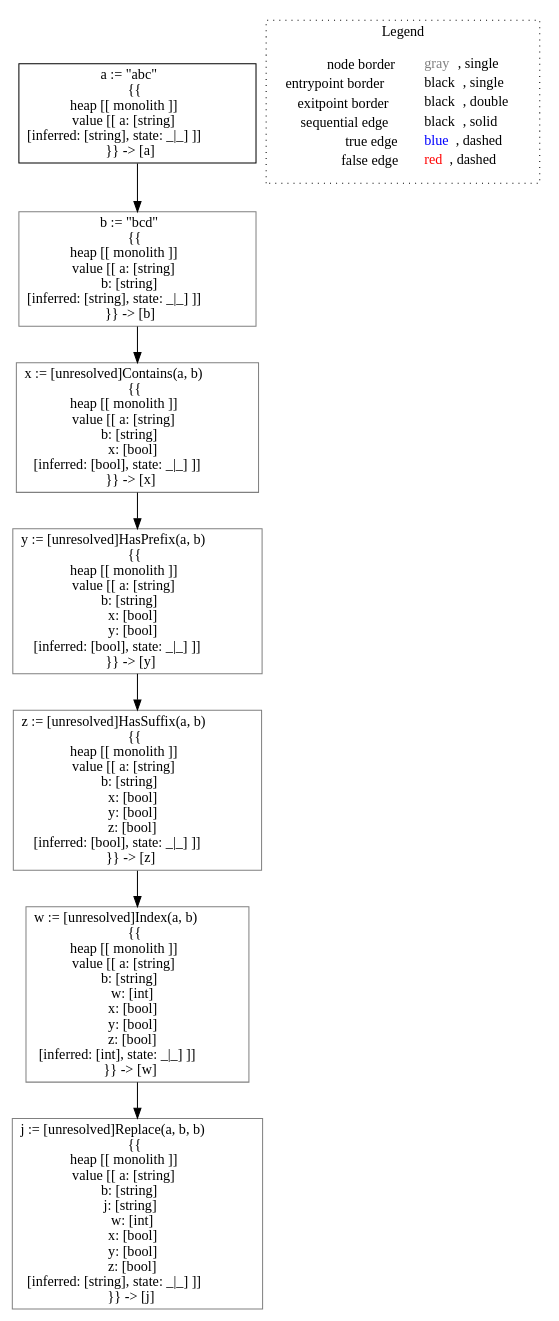
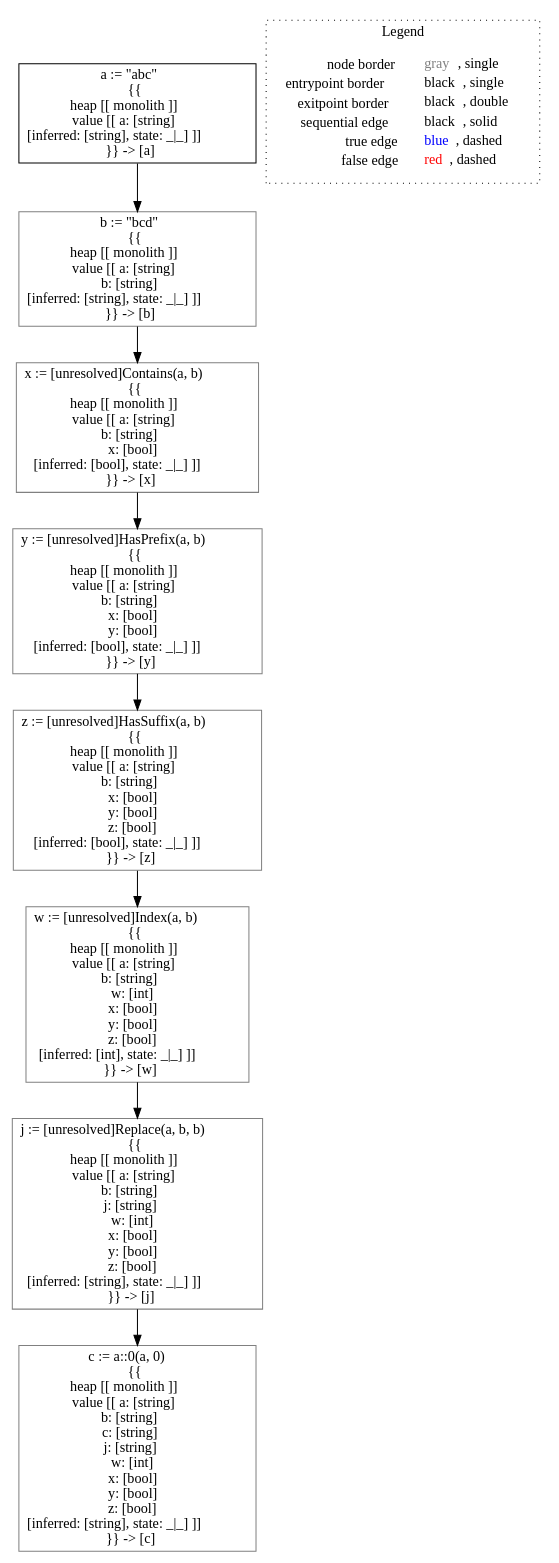
One commit to lisa-analyzer/go-lisa changed the diagram in go-lisa/go-testcases/strings-typing/typing___untyped_~LiSAProgram.main().dot. Above: the diagram before and after it, drawn with Graphviz. The commit also changed 6 other files, not shown here.

```diff
--- a/go-lisa/go-testcases/strings-typing/typing___untyped_~LiSAProgram.main().dot
+++ b/go-lisa/go-testcases/strings-typing/typing___untyped_~LiSAProgram.main().dot
@@ -1,22 +1,24 @@
 digraph {
 	"node0" [shape="rect",color="black",label=<a := &quot;abc&quot;<BR/>{{<BR/>heap [[ monolith ]]<BR/>value [[ a: [string]<BR/>[inferred: [string], state: _|_] ]]<BR/>}} -&gt; [a]>];
-	"node1" [shape="rect",color="gray",label=<z := [unresolved]HasSuffix(a, b)<BR/>{{<BR/>heap [[ monolith ]]<BR/>value [[ a: [string]<BR/>b: [string]<BR/>x: [bool]<BR/>y: [bool]<BR/>z: [bool]<BR/>[inferred: [bool], state: _|_] ]]<BR/>}} -&gt; [z]>];
+	"node1" [shape="rect",color="gray",label=<x := [unresolved]Contains(a, b)<BR/>{{<BR/>heap [[ monolith ]]<BR/>value [[ a: [string]<BR/>b: [string]<BR/>x: [bool]<BR/>[inferred: [bool], state: _|_] ]]<BR/>}} -&gt; [x]>];
 	"node2" [shape="rect",color="gray",label=<j := [unresolved]Replace(a, b, b)<BR/>{{<BR/>heap [[ monolith ]]<BR/>value [[ a: [string]<BR/>b: [string]<BR/>j: [string]<BR/>w: [int]<BR/>x: [bool]<BR/>y: [bool]<BR/>z: [bool]<BR/>[inferred: [string], state: _|_] ]]<BR/>}} -&gt; [j]>];
-	"node3" [shape="rect",color="gray",label=<y := [unresolved]HasPrefix(a, b)<BR/>{{<BR/>heap [[ monolith ]]<BR/>value [[ a: [string]<BR/>b: [string]<BR/>x: [bool]<BR/>y: [bool]<BR/>[inferred: [bool], state: _|_] ]]<BR/>}} -&gt; [y]>];
-	"node4" [shape="rect",color="gray",label=<w := [unresolved]Index(a, b)<BR/>{{<BR/>heap [[ monolith ]]<BR/>value [[ a: [string]<BR/>b: [string]<BR/>w: [int]<BR/>x: [bool]<BR/>y: [bool]<BR/>z: [bool]<BR/>[inferred: [int], state: _|_] ]]<BR/>}} -&gt; [w]>];
-	"node5" [shape="rect",color="gray",label=<b := &quot;bcd&quot;<BR/>{{<BR/>heap [[ monolith ]]<BR/>value [[ a: [string]<BR/>b: [string]<BR/>[inferred: [string], state: _|_] ]]<BR/>}} -&gt; [b]>];
-	"node6" [shape="rect",color="gray",label=<x := [unresolved]Contains(a, b)<BR/>{{<BR/>heap [[ monolith ]]<BR/>value [[ a: [string]<BR/>b: [string]<BR/>x: [bool]<BR/>[inferred: [bool], state: _|_] ]]<BR/>}} -&gt; [x]>];
+	"node3" [shape="rect",color="gray",label=<c := a::0(a, 0)<BR/>{{<BR/>heap [[ monolith ]]<BR/>value [[ a: [string]<BR/>b: [string]<BR/>c: [string]<BR/>j: [string]<BR/>w: [int]<BR/>x: [bool]<BR/>y: [bool]<BR/>z: [bool]<BR/>[inferred: [string], state: _|_] ]]<BR/>}} -&gt; [c]>];
+	"node4" [shape="rect",color="gray",label=<y := [unresolved]HasPrefix(a, b)<BR/>{{<BR/>heap [[ monolith ]]<BR/>value [[ a: [string]<BR/>b: [string]<BR/>x: [bool]<BR/>y: [bool]<BR/>[inferred: [bool], state: _|_] ]]<BR/>}} -&gt; [y]>];
+	"node5" [shape="rect",color="gray",label=<w := [unresolved]Index(a, b)<BR/>{{<BR/>heap [[ monolith ]]<BR/>value [[ a: [string]<BR/>b: [string]<BR/>w: [int]<BR/>x: [bool]<BR/>y: [bool]<BR/>z: [bool]<BR/>[inferred: [int], state: _|_] ]]<BR/>}} -&gt; [w]>];
+	"node6" [shape="rect",color="gray",label=<z := [unresolved]HasSuffix(a, b)<BR/>{{<BR/>heap [[ monolith ]]<BR/>value [[ a: [string]<BR/>b: [string]<BR/>x: [bool]<BR/>y: [bool]<BR/>z: [bool]<BR/>[inferred: [bool], state: _|_] ]]<BR/>}} -&gt; [z]>];
+	"node7" [shape="rect",color="gray",label=<b := &quot;bcd&quot;<BR/>{{<BR/>heap [[ monolith ]]<BR/>value [[ a: [string]<BR/>b: [string]<BR/>[inferred: [string], state: _|_] ]]<BR/>}} -&gt; [b]>];
 	"node1" -> "node4" [color="black"];
-	"node0" -> "node5" [color="black"];
-	"node3" -> "node1" [color="black"];
-	"node4" -> "node2" [color="black"];
-	"node5" -> "node6" [color="black"];
-	"node6" -> "node3" [color="black"];
+	"node2" -> "node3" [color="black"];
+	"node0" -> "node7" [color="black"];
+	"node4" -> "node6" [color="black"];
+	"node5" -> "node2" [color="black"];
+	"node6" -> "node5" [color="black"];
+	"node7" -> "node1" [color="black"];
 subgraph cluster_legend {
 	label="Legend";
 	style=dotted;
 	node [shape=plaintext];
 	"legend" [label=<<table border="0" cellpadding="2" cellspacing="0" cellborder="0"><tr><td align="right">node border&nbsp;</td><td align="left"><font color="gray">gray</font>, single</td></tr><tr><td align="right">entrypoint border&nbsp;</td><td align="left"><font color="black">black</font>, single</td></tr><tr><td align="right">exitpoint border&nbsp;</td><td align="left"><font color="black">black</font>, double</td></tr><tr><td align="right">sequential edge&nbsp;</td><td align="left"><font color="black">black</font>, solid</td></tr><tr><td align="right">true edge&nbsp;</td><td align="left"><font color="blue">blue</font>, dashed</td></tr><tr><td align="right">false edge&nbsp;</td><td align="left"><font color="red">red</font>, dashed</td></tr></table>>];
 }
 
 }
```
